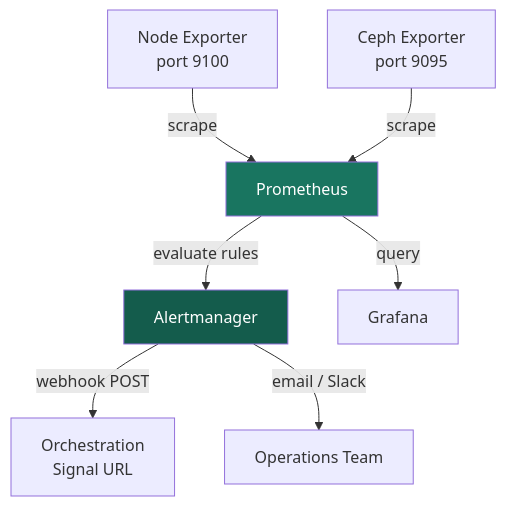
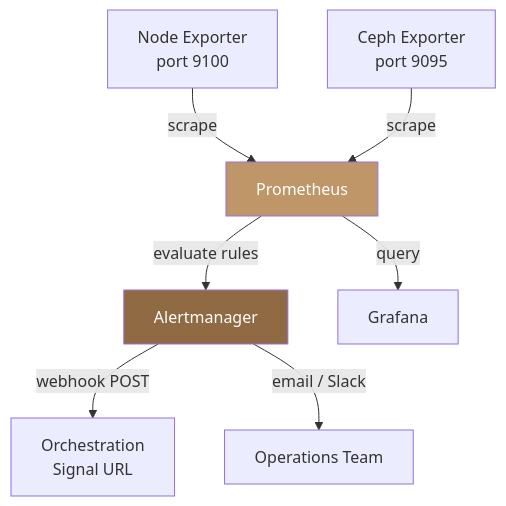
The diagram in integrations/prometheus.mdx (ankur-kumar87/docs-polystack), drawn with Mermaid before and after one commit. The commit also changed other lines of this file and 395 other files, not shown here.

````diff
--- a/integrations/prometheus.mdx
+++ b/integrations/prometheus.mdx
@@ -30,11 +30,11 @@
 ```mermaid
 graph TD
     NE[Node Exporter<br/>port 9100] -->|scrape| PROM[Prometheus]
     CE[Ceph Exporter<br/>port 9095] -->|scrape| PROM
     PROM -->|evaluate rules| AM[Alertmanager]
     AM -->|webhook POST| SCALE[Orchestration<br/>Signal URL]
     AM -->|email / Slack| OPS[Operations Team]
     PROM -->|query| GF[Grafana]
-    style PROM fill:#197560,color:#fff
-    style AM fill:#145C4C,color:#fff
+    style PROM fill:#bf9667,color:#fff
+    style AM fill:#8f6a43,color:#fff
 ```
````
